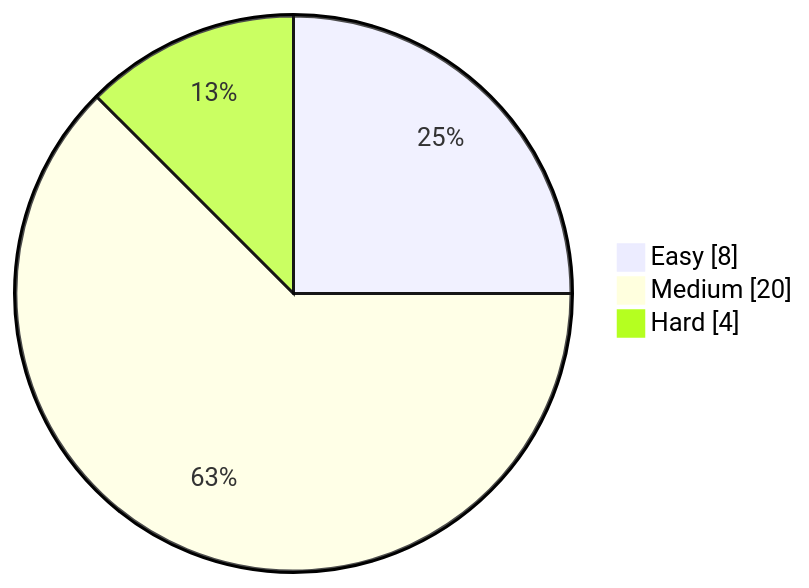
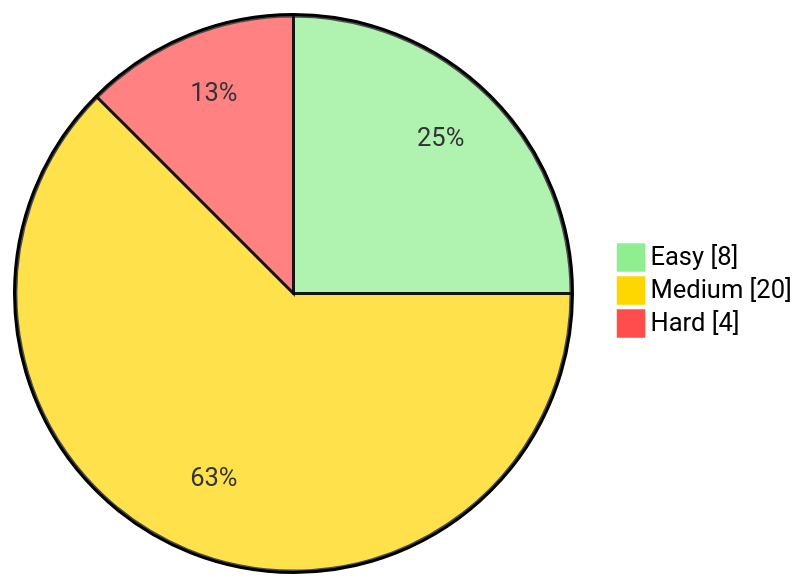
Before and after one commit to Anjaliverma09/LeetCode: the diagram in README.md, drawn with Mermaid.

Commit message:
Modify LeetCode progress graph data
Updated LeetCode progress graph with new data.

````diff
--- a/README.md
+++ b/README.md
@@ -7,6 +7,7 @@
 ```mermaid
+%%{init: { 'themeVariables': { 'pie1': '#90EE90', 'pie2': '#FFD700', 'pie3': '#FF4C4C' }}}%%
 pie showData
     "Easy" : 8
     "Medium" : 20
     "Hard" : 4
 ```
````
